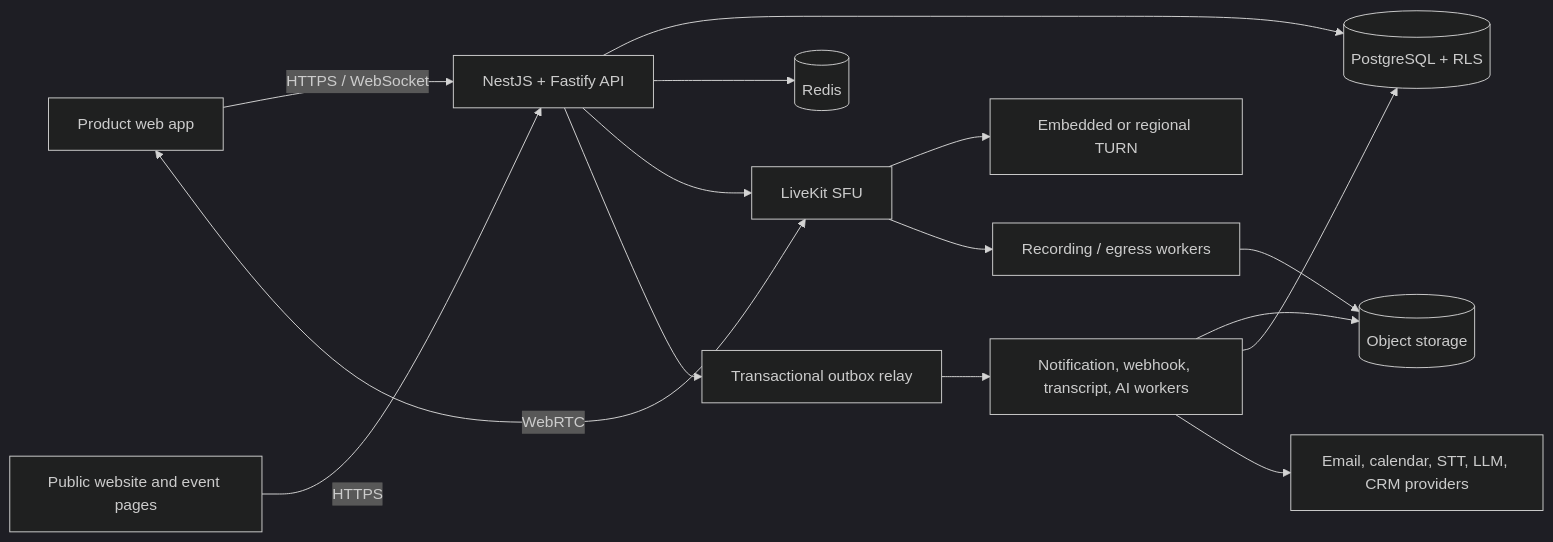
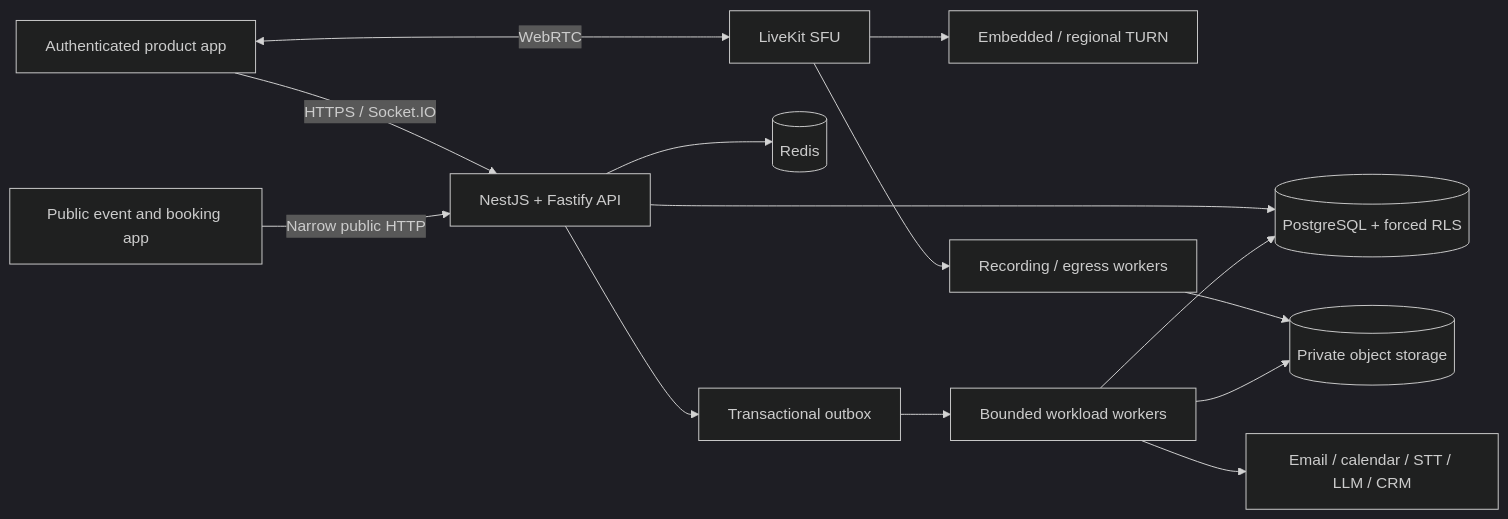
One commit to ooarchitect92/sessions changed the first of 6 diagrams in docs/architecture.md. Above: the diagram before and after it, drawn with Mermaid (dark theme). The commit also changed other lines of this file and 3 other files, not shown here.

Commit message:
docs: update architecture and workflow documentation

````diff
--- a/docs/architecture.md
+++ b/docs/architecture.md
@@ -5,17 +5,16 @@
 ```mermaid
 flowchart LR
-  Browser[Product web app] -->|HTTPS / WebSocket| API[NestJS + Fastify API]
-  Public[Public website and event pages] -->|HTTPS| API
-  API --> PG[(PostgreSQL + RLS)]
+  Product[Authenticated product app] -->|HTTPS / Socket.IO| API[NestJS + Fastify API]
+  Public[Public event and booking app] -->|Narrow public HTTP| API
+  Product <-->|WebRTC| SFU[LiveKit SFU]
+  SFU --> TURN[Embedded / regional TURN]
+  API --> PG[(PostgreSQL + forced RLS)]
   API --> Redis[(Redis)]
-  API --> LiveKit[LiveKit SFU]
-  Browser <-->|WebRTC| LiveKit
-  LiveKit --> TURN[Embedded or regional TURN]
-  LiveKit --> Recorder[Recording / egress workers]
-  Recorder --> S3[(Object storage)]
-  API --> Outbox[Transactional outbox relay]
-  Outbox --> Workers[Notification, webhook, transcript, AI workers]
+  API --> Outbox[Transactional outbox]
+  Outbox --> Workers[Bounded workload workers]
+  SFU --> Egress[Recording / egress workers]
+  Egress --> S3[(Private object storage)]
   Workers --> S3
   Workers --> PG
-  Workers --> Providers[Email, calendar, STT, LLM, CRM providers]
+  Workers --> Providers[Email / calendar / STT / LLM / CRM]
 ```
````
